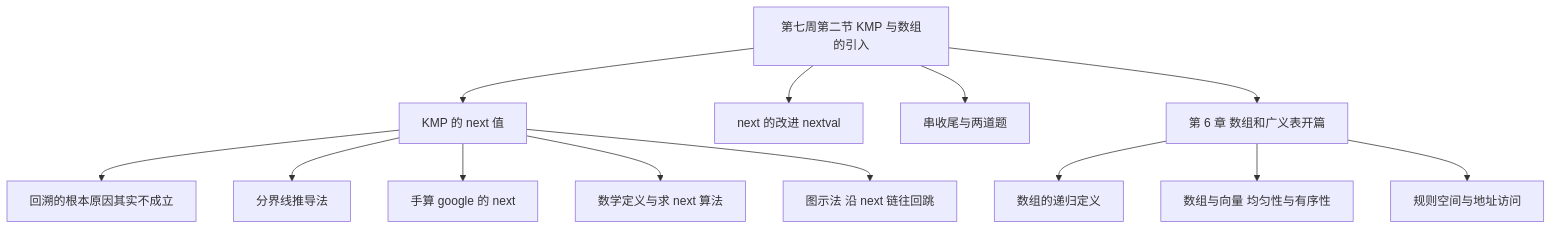
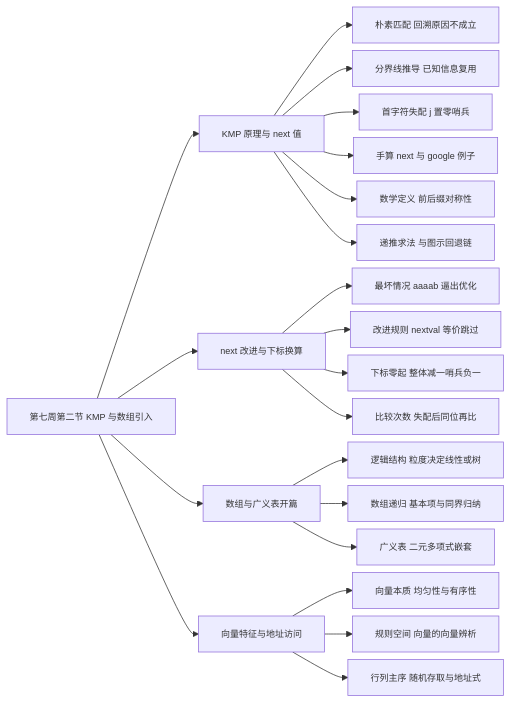
One commit to gududewangzhe/data-structures-notes changed the diagram in 数据结构 第七周第二节 KMP算法与数组的引入 详细版讲义.md. Above: the diagram before and after it, drawn with Mermaid. The commit also changed other lines of this file and 58 other files, not shown here.

First line of the commit message:
按节次重整全部讲义并统一插图与体例

````diff
--- a/数据结构 第七周第二节 KMP算法与数组的引入 详细版讲义.md
+++ b/数据结构 第七周第二节 KMP算法与数组的引入 详细版讲义.md
@@ -52,16 +52,25 @@
 ```mermaid
-flowchart TD
-    ROOT["第七周第二节 KMP 与数组的引入"]
-    ROOT --> A["KMP 的 next 值"]
-    ROOT --> B["next 的改进 nextval"]
-    ROOT --> C["串收尾与两道题"]
-    ROOT --> D["第 6 章 数组和广义表开篇"]
-    A --> A1["回溯的根本原因其实不成立"]
-    A --> A2["分界线推导法"]
-    A --> A3["手算 google 的 next"]
-    A --> A4["数学定义与求 next 算法"]
-    A --> A5["图示法 沿 next 链往回跳"]
-    D --> D1["数组的递归定义"]
-    D --> D2["数组与向量 均匀性与有序性"]
-    D --> D3["规则空间与地址访问"]
+%%{init: {"flowchart": {"nodeSpacing": 10, "rankSpacing": 30, "curve": "basis"}, "themeVariables": {"fontSize": "12px"}}}%%
+flowchart LR
+    R["第七周第二节 KMP 与数组引入"]
+    R --> A["KMP 原理与 next 值"]
+    R --> B["next 改进与下标换算"]
+    R --> C["数组与广义表开篇"]
+    R --> D["向量特征与地址访问"]
+    A --> A1["朴素匹配 回溯原因不成立"]
+    A --> A2["分界线推导 已知信息复用"]
+    A --> A3["首字符失配 j 置零哨兵"]
+    A --> A4["手算 next 与 google 例子"]
+    A --> A5["数学定义 前后缀对称性"]
+    A --> A6["递推求法 与图示回退链"]
+    B --> B1["最坏情况 aaaab 逼出优化"]
+    B --> B2["改进规则 nextval 等价跳过"]
+    B --> B3["下标零起 整体减一哨兵负一"]
+    B --> B4["比较次数 失配后同位再比"]
+    C --> C1["逻辑结构 粒度决定线性或树"]
+    C --> C2["数组递归 基本项与同界归纳"]
+    C --> C3["广义表 二元多项式嵌套"]
+    D --> D1["向量本质 均匀性与有序性"]
+    D --> D2["规则空间 向量的向量辨析"]
+    D --> D3["行列主序 随机存取与地址式"]
 ```
````
